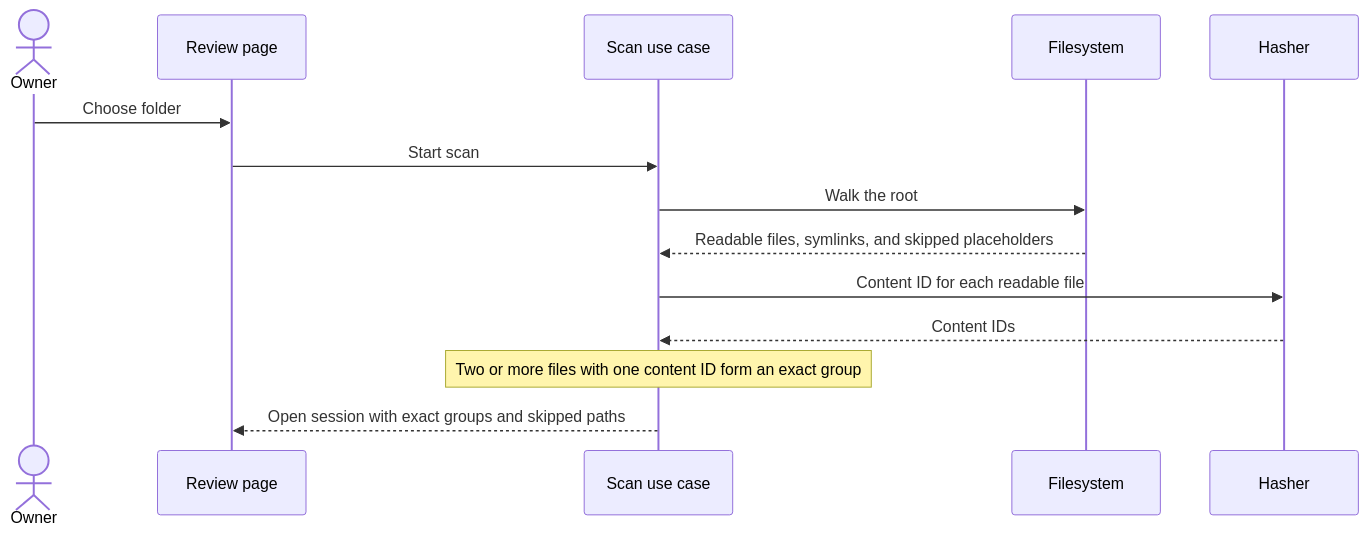
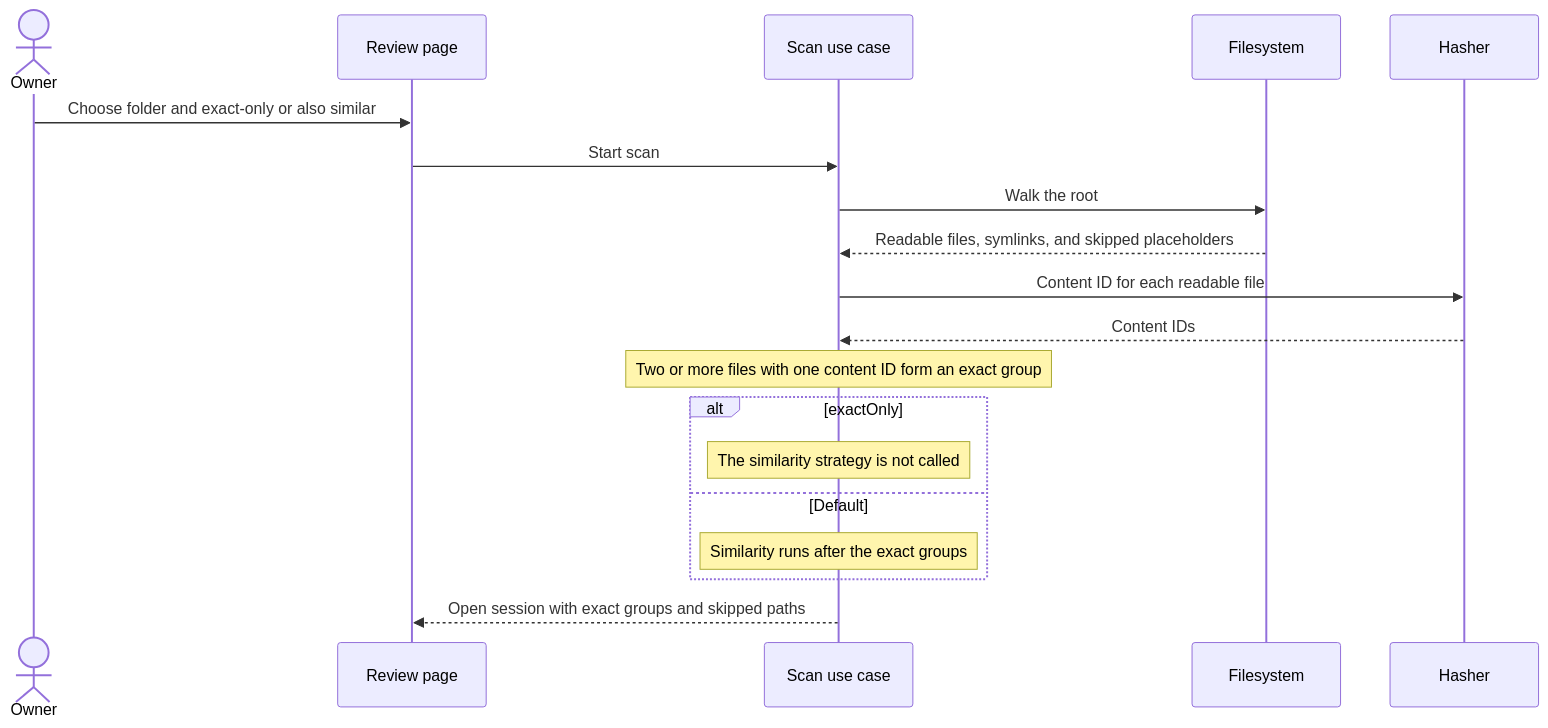
Before and after one commit to cionz0/hdsort: the second of 8 diagrams in docs/use-cases.md, drawn with Mermaid. The commit also changed other lines of this file and 10 other files, not shown here.

First line of the commit message:
Add an exact-only scan mode as the next prompt.

````diff
--- a/docs/use-cases.md
+++ b/docs/use-cases.md
@@ -34,16 +34,21 @@
 ```mermaid
 sequenceDiagram
   actor Owner
   participant Page as Review page
   participant Scan as Scan use case
   participant Disk as Filesystem
   participant Hash as Hasher
-  Owner->>Page: Choose folder
+  Owner->>Page: Choose folder and exact-only or also similar
   Page->>Scan: Start scan
   Scan->>Disk: Walk the root
   Disk-->>Scan: Readable files, symlinks, and skipped placeholders
   Scan->>Hash: Content ID for each readable file
   Hash-->>Scan: Content IDs
   Note over Scan: Two or more files with one content ID form an exact group
+  alt exactOnly
+    Note over Scan: The similarity strategy is not called
+  else Default
+    Note over Scan: Similarity runs after the exact groups
+  end
   Scan-->>Page: Open session with exact groups and skipped paths
 ```
````
